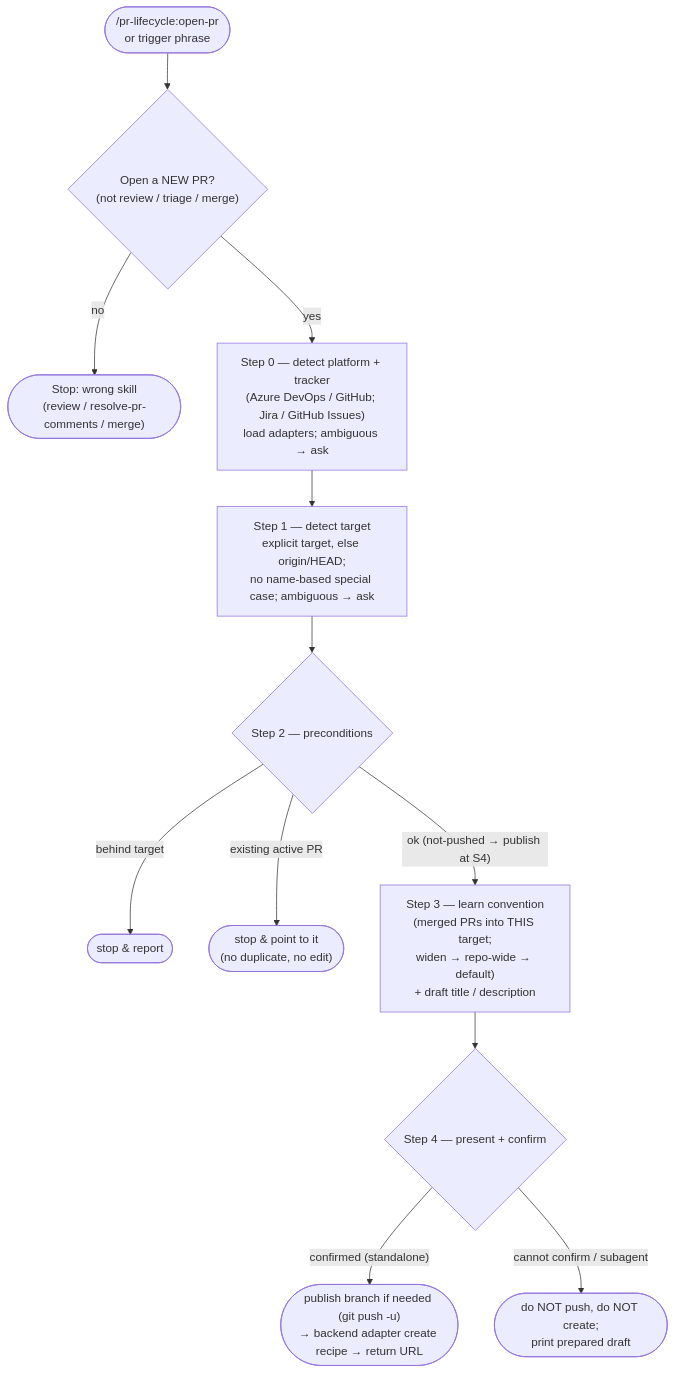
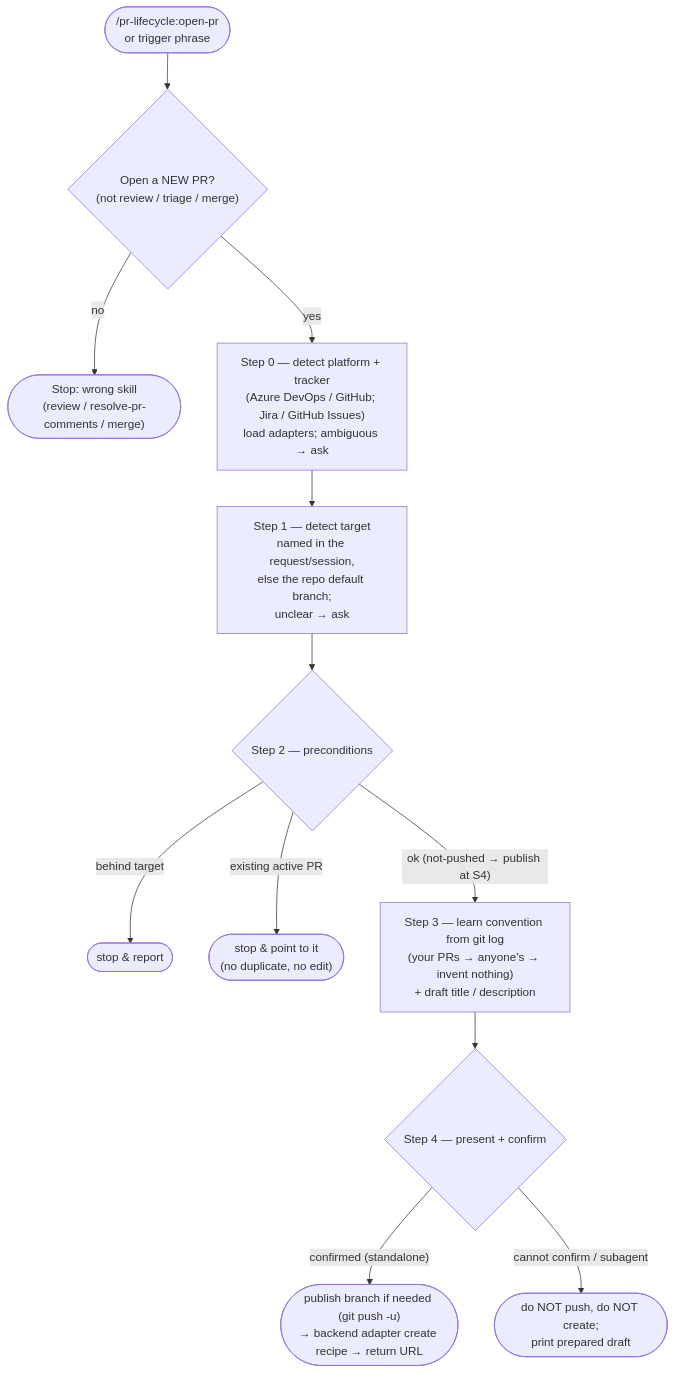
The diagram in plugins/pr-lifecycle/skills/open-pr/README.md (softwareone-platform/issue-to-pr), drawn with Mermaid before and after one commit. The commit also changed other lines of this file and 7 other files, not shown here.

First line of the commit message:
learn PR convention, impose none

````diff
--- a/plugins/pr-lifecycle/skills/open-pr/README.md
+++ b/plugins/pr-lifecycle/skills/open-pr/README.md
@@ -18,14 +18,14 @@
 ```mermaid
 flowchart TD
     T(["/pr-lifecycle:open-pr<br>or trigger phrase"]) --> G{"Open a NEW PR?<br>(not review / triage / merge)"}
     G -- "no" --> STOP(["Stop: wrong skill<br>(review / resolve-pr-comments / merge)"])
     G -- "yes" --> S0["Step 0 — detect platform + tracker<br>(Azure DevOps / GitHub; Jira / GitHub Issues)<br>load adapters; ambiguous → ask"]
-    S0 --> S1["Step 1 — detect target<br>explicit target, else origin/HEAD;<br>no name-based special case; ambiguous → ask"]
+    S0 --> S1["Step 1 — detect target<br>named in the request/session,<br>else the repo default branch;<br>unclear → ask"]
     S1 --> S2{"Step 2 — preconditions"}
     S2 -- "behind target" --> X1(["stop & report"])
     S2 -- "existing active PR" --> X2(["stop & point to it<br>(no duplicate, no edit)"])
-    S2 -- "ok (not-pushed → publish at S4)" --> S3["Step 3 — learn convention<br>(merged PRs into THIS target;<br>widen → repo-wide → default)<br>+ draft title / description"]
+    S2 -- "ok (not-pushed → publish at S4)" --> S3["Step 3 — learn convention from git log<br>(your PRs → anyone's → invent nothing)<br>+ draft title / description"]
     S3 --> S4{"Step 4 — present + confirm"}
     S4 -- "confirmed (standalone)" --> C(["publish branch if needed (git push -u)<br>→ backend adapter create recipe → return URL"])
     S4 -- "cannot confirm / subagent" --> P(["do NOT push, do NOT create;<br>print prepared draft"])
 ```
````
